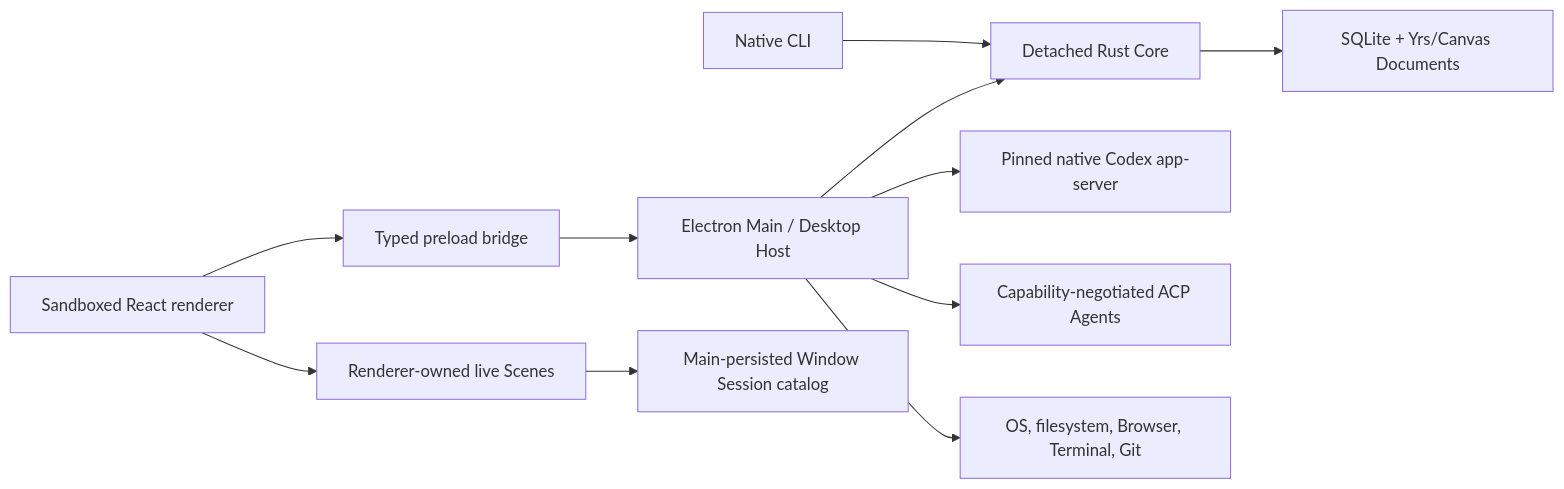
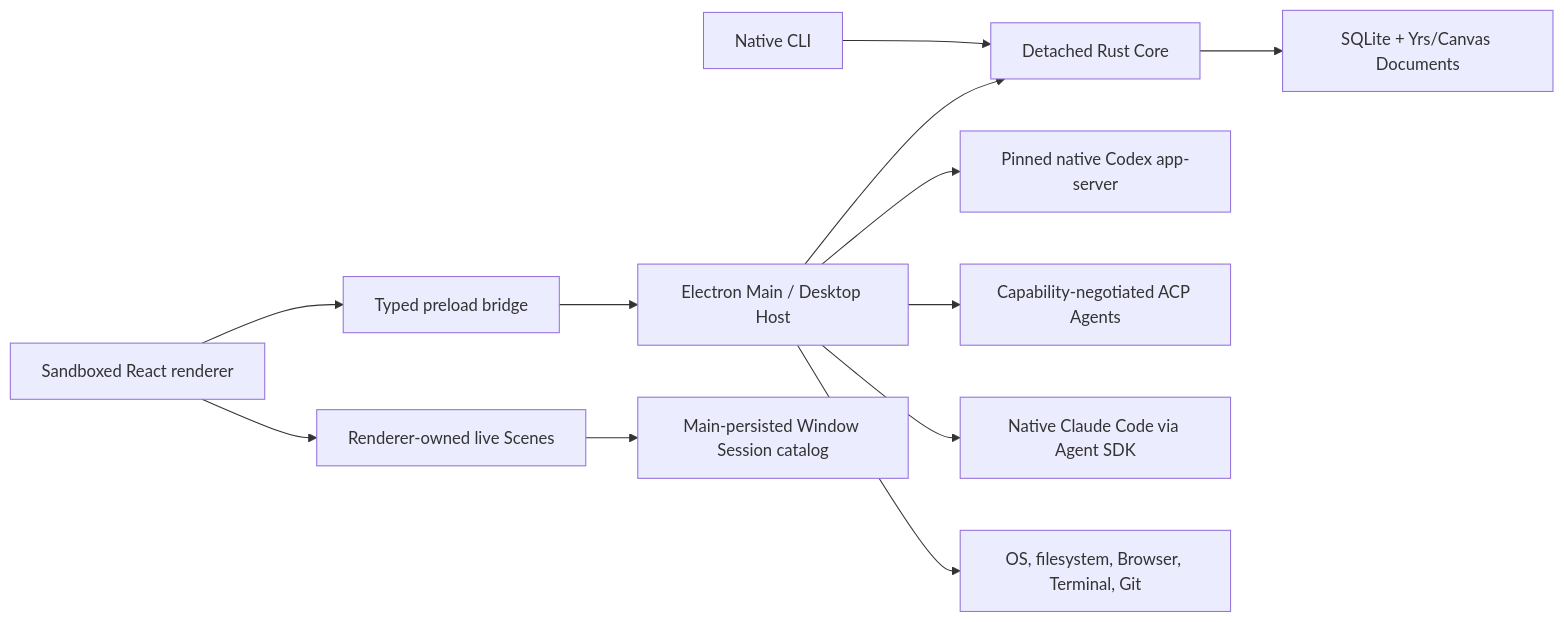
One commit to junyudev/nodex changed the first of 3 diagrams in docs/ARCHITECTURE.md. Above: the diagram before and after it, drawn with Mermaid. The commit also changed other lines of this file and 151 other files, not shown here.

````diff
--- a/docs/ARCHITECTURE.md
+++ b/docs/ARCHITECTURE.md
@@ -16,13 +16,14 @@
 ```mermaid
 flowchart LR
     Renderer["Sandboxed React renderer"] --> Preload["Typed preload bridge"]
     Preload --> Main["Electron Main / Desktop Host"]
     Main --> Core["Detached Rust Core"]
     CLI["Native CLI"] --> Core
     Core --> Store["SQLite + Yrs/Canvas Documents"]
     Main --> Codex["Pinned native Codex app-server"]
     Main --> ACP["Capability-negotiated ACP Agents"]
+    Main --> Claude["Native Claude Code via Agent SDK"]
     Main --> Host["OS, filesystem, Browser, Terminal, Git"]
     Renderer --> Scene["Renderer-owned live Scenes"]
     Scene --> Catalog["Main-persisted Window Session catalog"]
 ```
````
